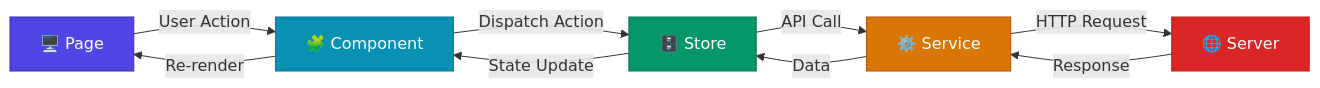
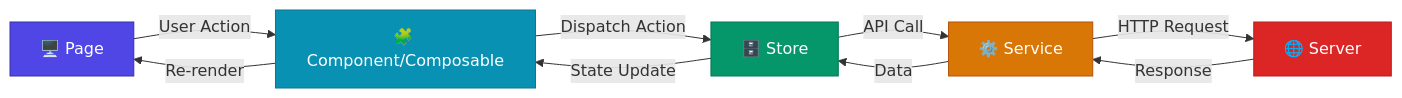
The diagram in context/architecture.md (aakashhuda/ghoroa), drawn with Mermaid before and after one commit. The commit also changed 8 other files, not shown here.

````diff
--- a/context/architecture.md
+++ b/context/architecture.md
@@ -58,18 +58,18 @@
   ```mermaid
       flowchart LR
-          A[🖥️ Page] -->|User Action| B[🧩 Component]
+          A[🖥️ Page] -->|User Action| B[🧩 Component/Composable ]
           B -->|Dispatch Action| C[🗄️ Store]
           C -->|API Call| D[⚙️ Service]
           D -->|HTTP Request| E[🌐 Server]
 
           E -->|Response| D
           D -->|Data| C
           C -->|State Update| B
           B -->|Re-render| A
 
           style A fill:#4f46e5,color:#fff,stroke:#3730a3
           style B fill:#0891b2,color:#fff,stroke:#0e7490
           style C fill:#059669,color:#fff,stroke:#047857
           style D fill:#d97706,color:#fff,stroke:#b45309
           style E fill:#dc2626,color:#fff,stroke:#b91c1c
   ```
````
